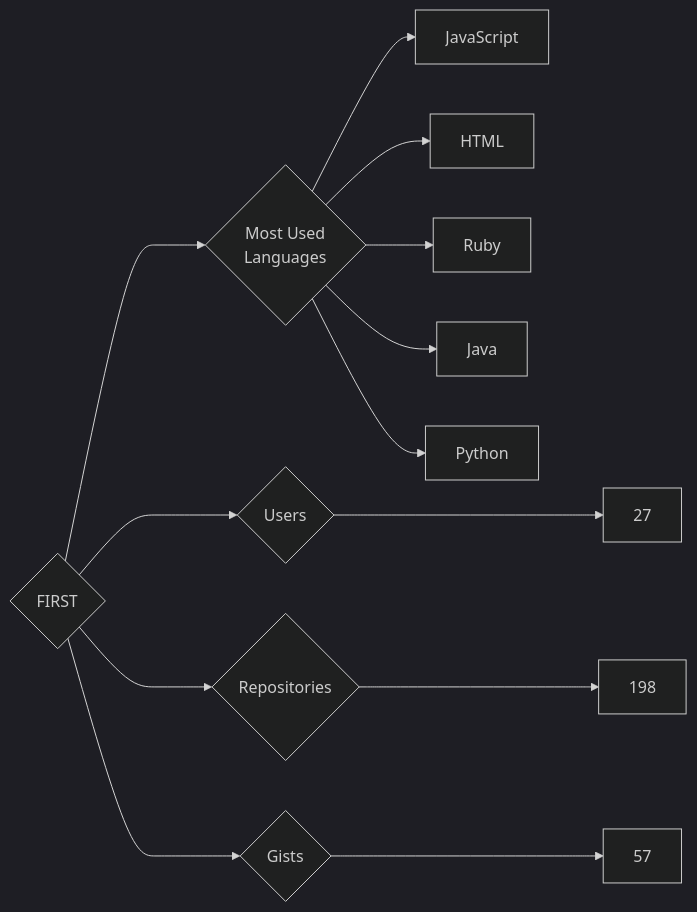
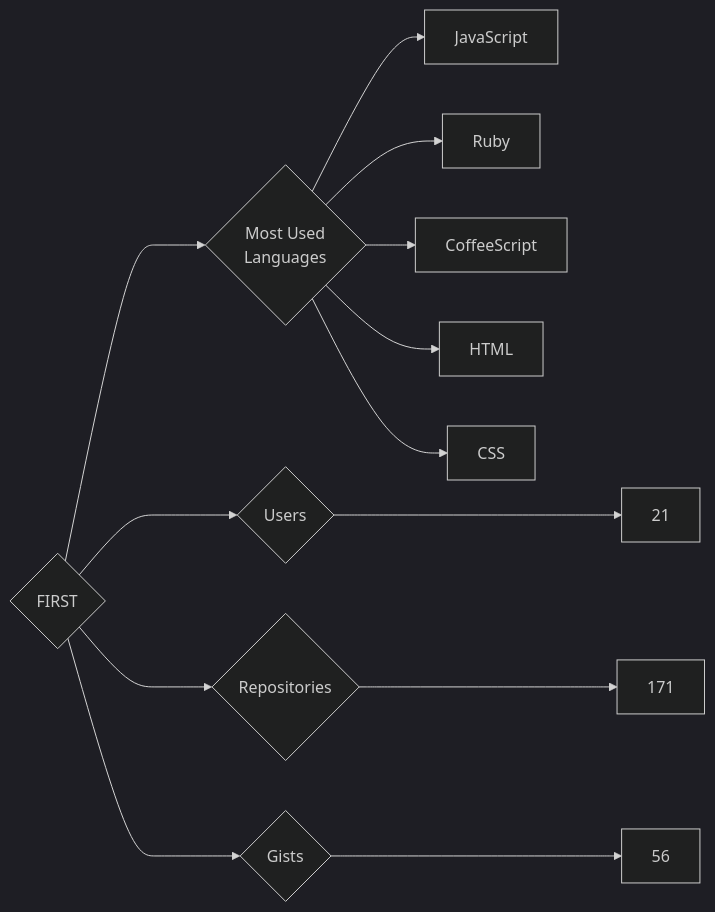
One commit to trickest/insiders changed the diagram in targets/FIRST/README.md. Above: the diagram before and after it, drawn with Mermaid (dark theme). The commit also changed 750 other files, not shown here.

````diff
--- a/targets/FIRST/README.md
+++ b/targets/FIRST/README.md
@@ -3,13 +3,13 @@
 ```mermaid
 graph LR
 COMPANY_NAME{FIRST}
-COMPANY_NAME ---> U{Users} ---> UN[27]
-COMPANY_NAME ---> R{Repositories} ---> RN[198]
-COMPANY_NAME ---> G{Gists} ---> GN[57]
+COMPANY_NAME ---> U{Users} ---> UN[21]
+COMPANY_NAME ---> R{Repositories} ---> RN[171]
+COMPANY_NAME ---> G{Gists} ---> GN[56]
 COMPANY_NAME ---> ML{Most Used<br>Languages}
 ML --> JavaScript[JavaScript]
+ML --> Ruby[Ruby]
+ML --> CoffeeScript[CoffeeScript]
 ML --> HTML[HTML]
-ML --> Ruby[Ruby]
-ML --> Java[Java]
-ML --> Python[Python]
+ML --> CSS[CSS]
 ```
````
